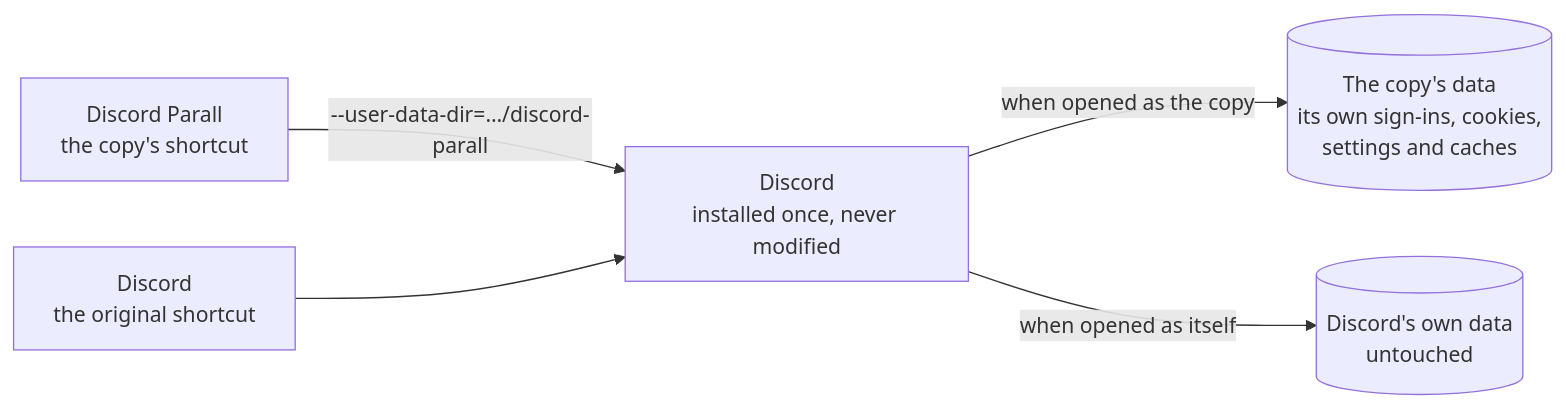
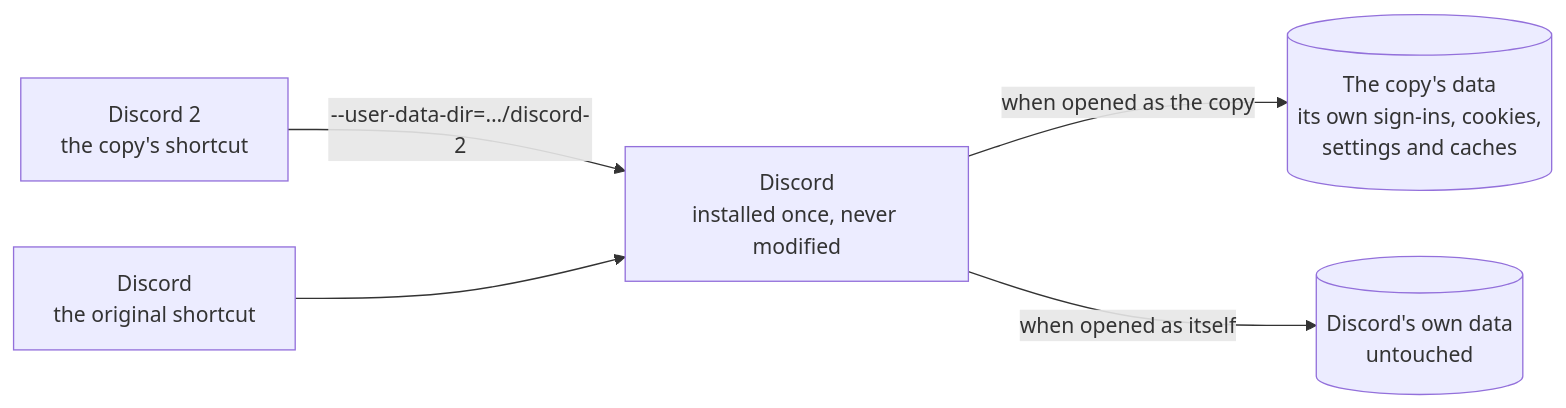
The diagram in README.md (Ali-expandings/openparallel), drawn with Mermaid before and after one commit. The commit also changed other lines of this file and 14 other files, not shown here.

````diff
--- a/README.md
+++ b/README.md
@@ -88,7 +88,7 @@
 ```mermaid
 flowchart LR
-    C["Discord Parall<br/>the copy's shortcut"] -->|"--user-data-dir=…/discord-parall"| A["Discord<br/>installed once, never modified"]
+    C["Discord 2<br/>the copy's shortcut"] -->|"--user-data-dir=…/discord-2"| A["Discord<br/>installed once, never modified"]
     O["Discord<br/>the original shortcut"] --> A
     A -->|"when opened as the copy"| D[("The copy's data<br/>its own sign-ins, cookies,<br/>settings and caches")]
     A -->|"when opened as itself"| P[("Discord's own data<br/>untouched")]
 ```
````
